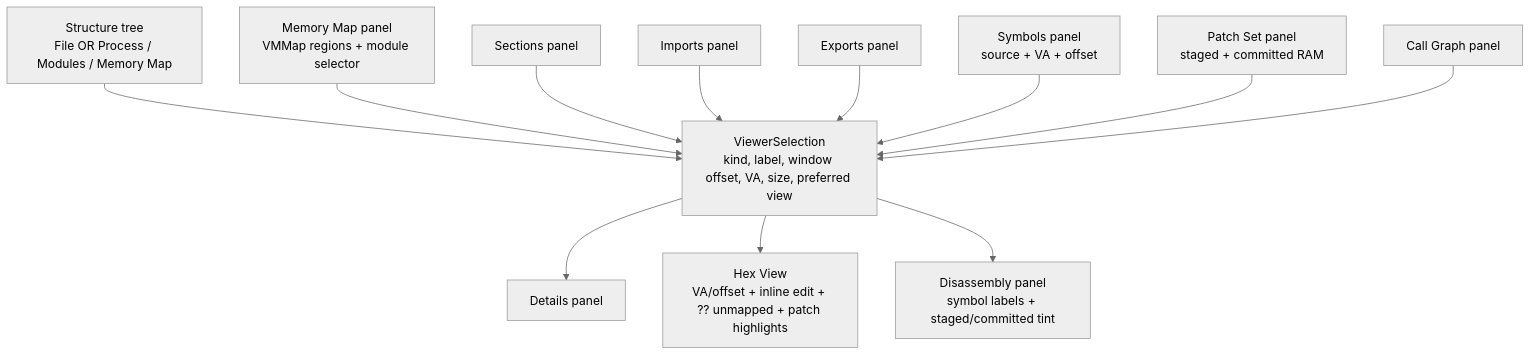
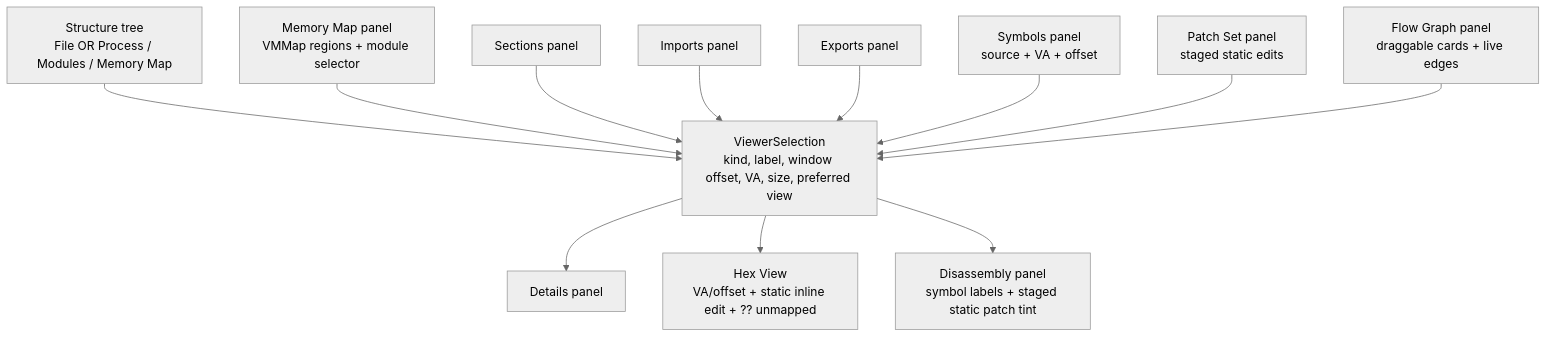
Before and after one commit to wsollers/exe_viewer: the fourth of 8 diagrams in docs/ARCHITECTURE.md, drawn with Mermaid (neutral theme). The commit also changed 1 other file, not shown here.

Commit message:
docs(todo): reconcile backlog and add dependency-ordered WU-01..WU-15 queue
Reconcile ToDo.md and docs/ARCHITECTURE.md with the 235-test codebase,
clarify strictly read-only live process inspection semantics, and add
the dependency-ordered Next-Gen Execution Queue (WU-01..WU-15).

````diff
--- a/docs/ARCHITECTURE.md
+++ b/docs/ARCHITECTURE.md
@@ -97,30 +97,30 @@
 ```mermaid
 flowchart TD
     structure["Structure tree<br/>File OR Process / Modules / Memory Map"]
     memmap["Memory Map panel<br/>VMMap regions + module selector"]
     sections["Sections panel"]
     imports["Imports panel"]
     exports["Exports panel"]
     symbolsPanel["Symbols panel<br/>source + VA + offset"]
-    patchPanel["Patch Set panel<br/>staged + committed RAM"]
-    graphPanel["Call Graph panel"]
+    patchPanel["Patch Set panel<br/>staged static edits"]
+    graphPanel["Flow Graph panel<br/>draggable cards + live edges"]
 
     selection["ViewerSelection<br/>kind, label, window offset, VA, size, preferred view"]
 
     details["Details panel"]
-    hex["Hex View<br/>VA/offset + inline edit + ?? unmapped + patch highlights"]
-    disasmPanel["Disassembly panel<br/>symbol labels + staged/committed tint"]
+    hex["Hex View<br/>VA/offset + static inline edit + ?? unmapped"]
+    disasmPanel["Disassembly panel<br/>symbol labels + staged static patch tint"]
 
     structure --> selection
     memmap --> selection
     sections --> selection
     imports --> selection
     exports --> selection
     symbolsPanel --> selection
     patchPanel --> selection
     graphPanel --> selection
 
     selection --> details
     selection --> hex
     selection --> disasmPanel
 ```
````
